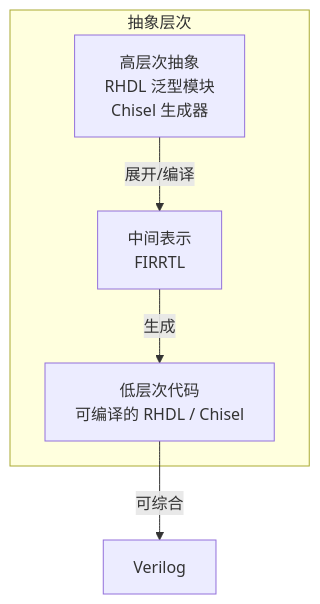
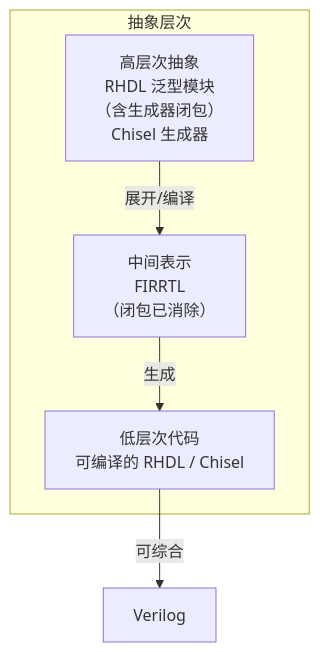
Before and after one commit to TangCan/bitloom: the first of 8 diagrams in docs/requirements/12. 与 Chisel 的互转设计.md, drawn with Mermaid. The commit also changed other lines of this file and 17 other files, not shown here.

````diff
--- a/docs/requirements/12. 与 Chisel 的互转设计.md
+++ b/docs/requirements/12. 与 Chisel 的互转设计.md
@@ -21,12 +21,11 @@
 ```mermaid
 flowchart TB
     subgraph 抽象层次
-        A[高层次抽象<br>RHDL 泛型模块<br>Chisel 生成器]
-        B[中间表示<br>FIRRTL]
+        A[高层次抽象<br>RHDL 泛型模块<br>（含生成器闭包）<br>Chisel 生成器]
+        B[中间表示<br>FIRRTL<br>（闭包已消除）]
         C[低层次代码<br>可编译的 RHDL / Chisel]
     end
     A -->|展开/编译| B
     B -->|生成| C
     C -->|可综合| D[Verilog]
-
 ```
````
